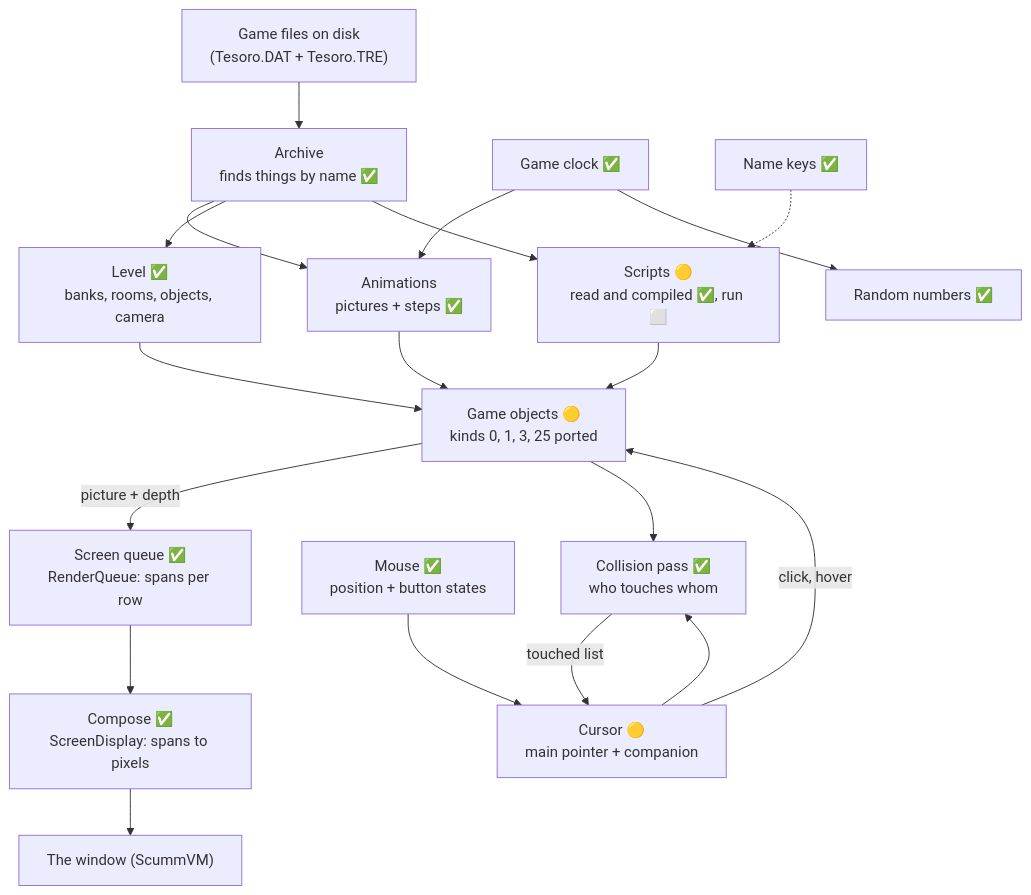
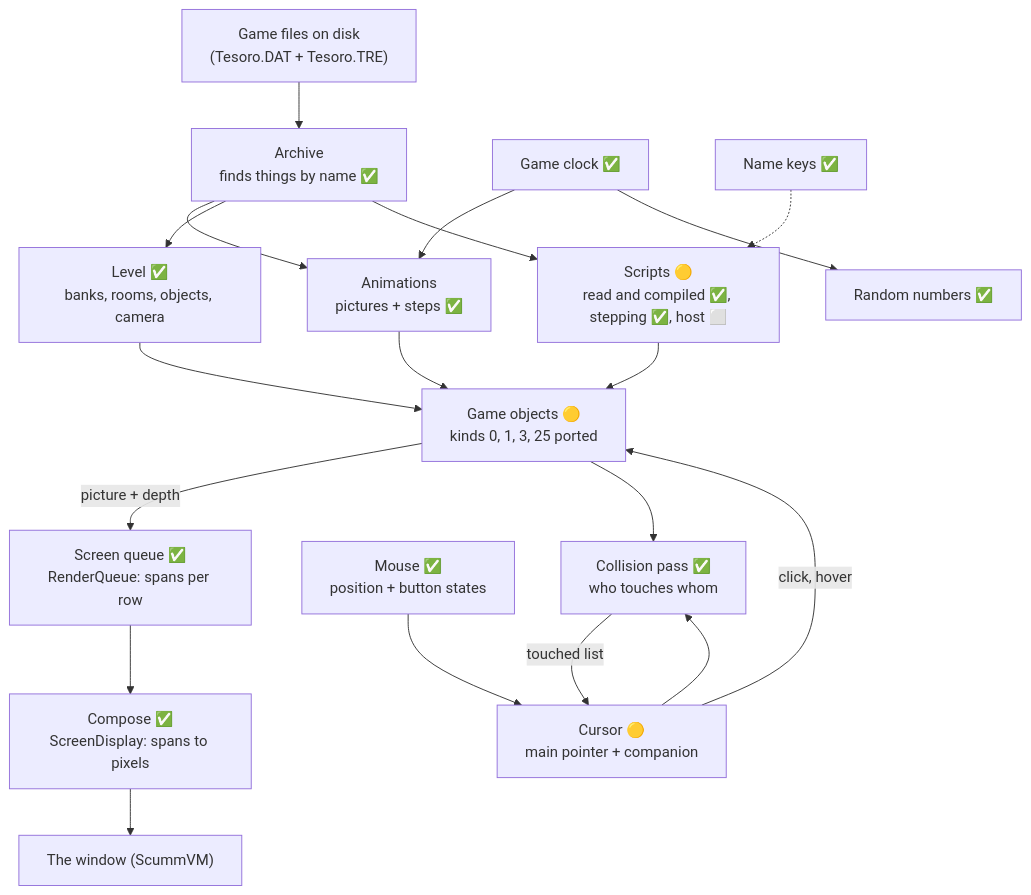
The first of 8 diagrams in re/SUBSYSTEMS.md (kelmer44/tesoro-stuff), drawn with Mermaid before and after one commit. The commit also changed other lines of this file and 11 other files, not shown here.

````diff
--- a/re/SUBSYSTEMS.md
+++ b/re/SUBSYSTEMS.md
@@ -17,21 +17,21 @@
 ```mermaid
 flowchart TD
     Disk["Game files on disk<br/>(Tesoro.DAT + Tesoro.TRE)"] --> Archive["Archive<br/>finds things by name ✅"]
     Archive --> Anim["Animations<br/>pictures + steps ✅"]
     Archive --> Level["Level ✅<br/>banks, rooms, objects, camera"]
     Clock["Game clock ✅"] --> Anim
     Anim --> Objects["Game objects 🟡<br/>kinds 0, 1, 3, 25 ported"]
     Level --> Objects
     Objects -->|"picture + depth"| Queue["Screen queue ✅<br/>RenderQueue: spans per row"]
     Queue --> Compose["Compose ✅<br/>ScreenDisplay: spans to pixels"]
     Compose --> Window["The window (ScummVM)"]
     Mouse["Mouse ✅<br/>position + button states"] --> Cursor["Cursor 🟡<br/>main pointer + companion"]
     Cursor --> Collide["Collision pass ✅<br/>who touches whom"]
     Objects --> Collide
     Collide -->|"touched list"| Cursor
     Cursor -->|"click, hover"| Objects
     Clock --> Random["Random numbers ✅"]
-    Names["Name keys ✅"] -.-> Scripts["Scripts 🟡<br/>read and compiled ✅, run ⬜"]
+    Names["Name keys ✅"] -.-> Scripts["Scripts 🟡<br/>read and compiled ✅, stepping ✅, host ⬜"]
     Archive --> Scripts
     Scripts --> Objects
 ```
````
